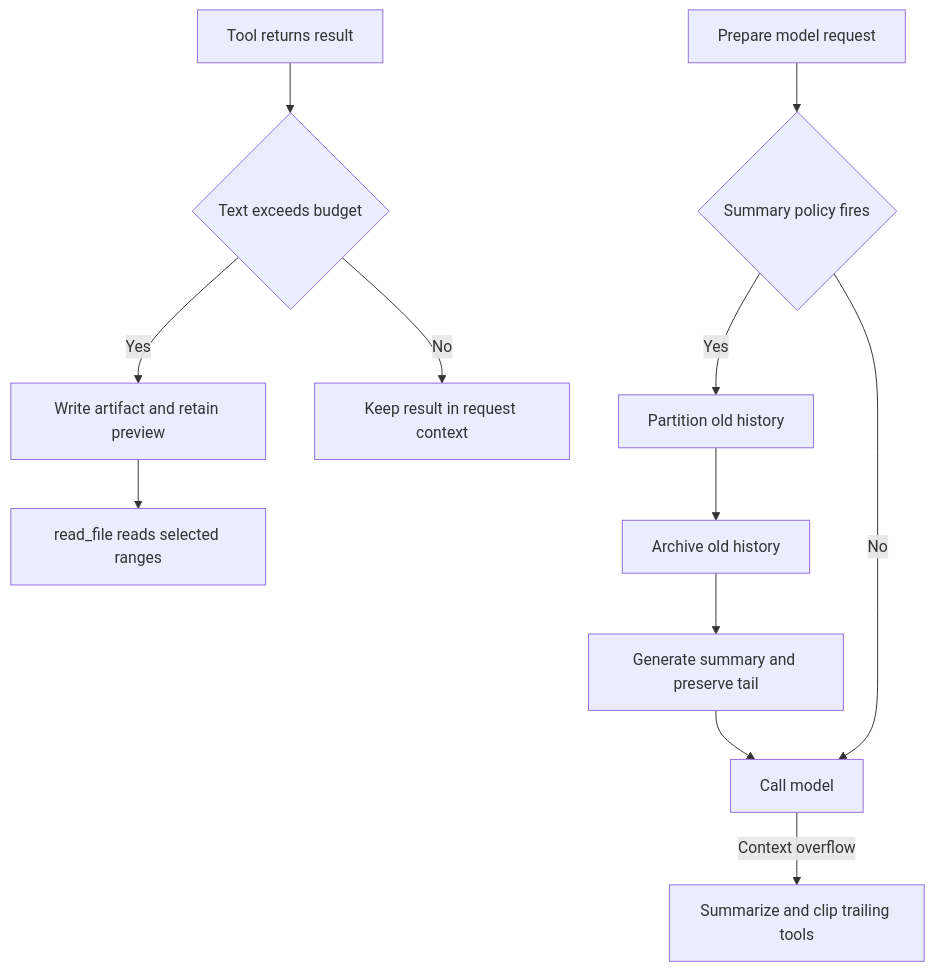
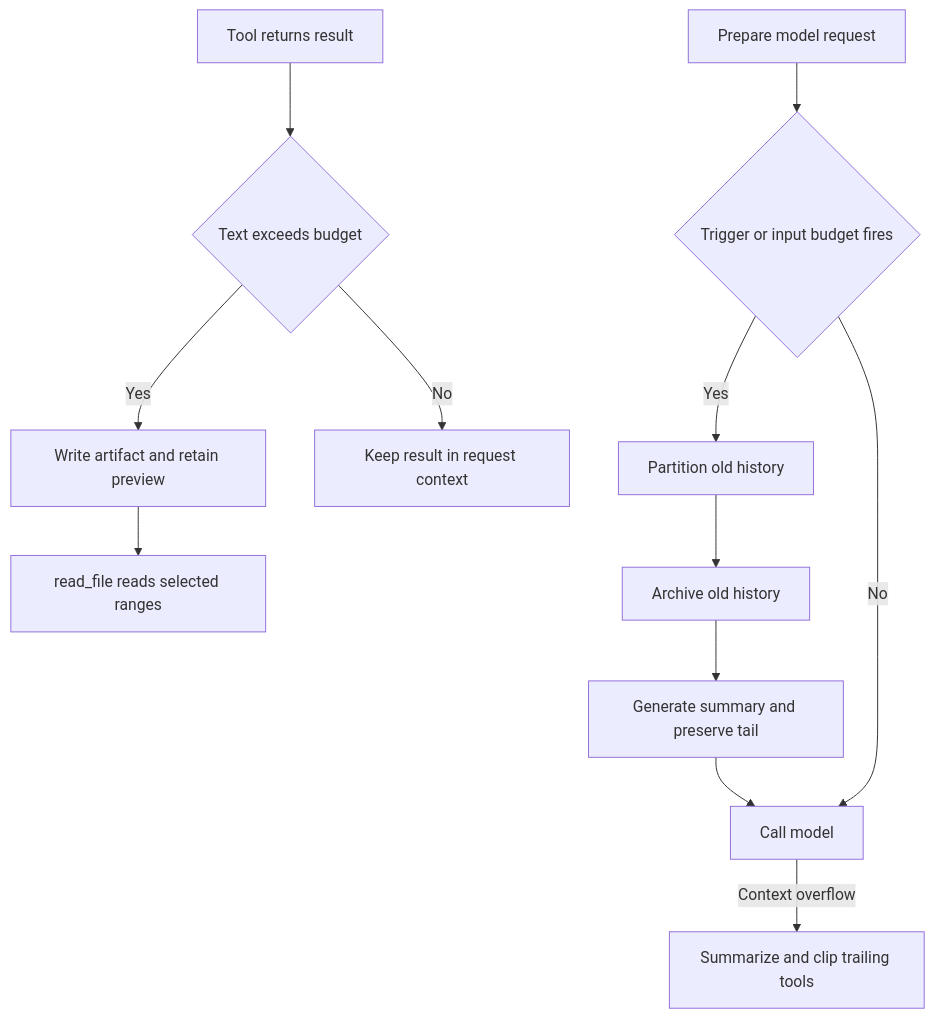
The first of 2 diagrams in openwiki/concepts/context-management.md (langchain-ai/deepagents), drawn with Mermaid before and after one commit. The commit also changed other lines of this file and 63 other files, not shown here.

````diff
--- a/openwiki/concepts/context-management.md
+++ b/openwiki/concepts/context-management.md
@@ -45,14 +45,14 @@
 ```mermaid
 flowchart TD
     Tool["Tool returns result"] --> Oversize{"Text exceeds budget"}
     Oversize -->|Yes| Evict["Write artifact and retain preview"]
     Oversize -->|No| Keep["Keep result in request context"]
-    Request["Prepare model request"] --> Trigger{"Summary policy fires"}
+    Request["Prepare model request"] --> Trigger{"Trigger or input budget fires"}
     Trigger -->|Yes| Plan["Partition old history"]
     Trigger -->|No| Call["Call model"]
     Plan --> Archive["Archive old history"]
     Archive --> Summary["Generate summary and preserve tail"]
     Summary --> Call
     Call -->|Context overflow| Recover["Summarize and clip trailing tools"]
     Evict --> Read["read_file reads selected ranges"]
 ```
````
